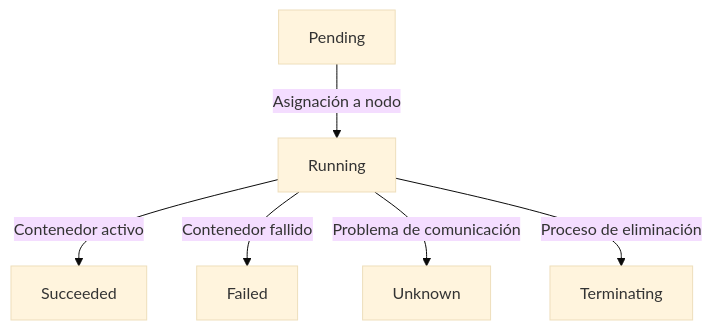
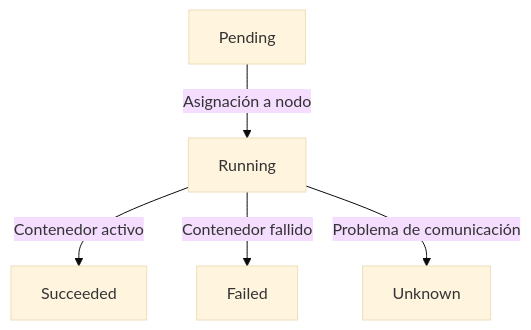
Before and after one commit to pabpereza/pabpereza: the first of 2 diagrams in docs/cursos/kubernetes/113.Probes_live_readiness.md, drawn with Mermaid (base theme). The commit also changed other lines of this file and 26 other files, not shown here.

````diff
--- a/docs/cursos/kubernetes/113.Probes_live_readiness.md
+++ b/docs/cursos/kubernetes/113.Probes_live_readiness.md
@@ -46,8 +46,7 @@
 ```mermaid
 graph TD
     A[Pending] -->|Asignación a nodo| B[Running]
     B -->|Contenedor activo| C[Succeeded]
     B -->|Contenedor fallido| D[Failed]
     B -->|Problema de comunicación| E[Unknown]
-    B -->|Proceso de eliminación| F[Terminating]
 ```
````
